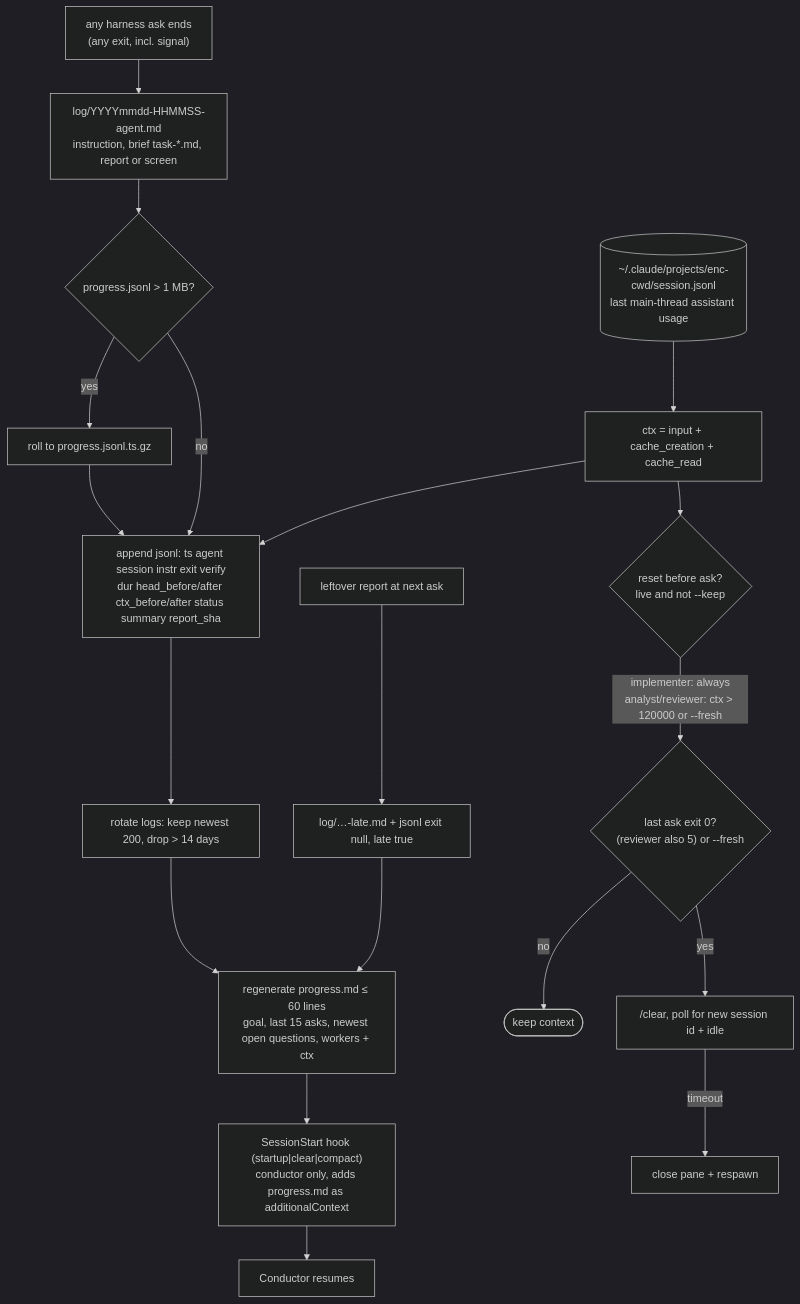
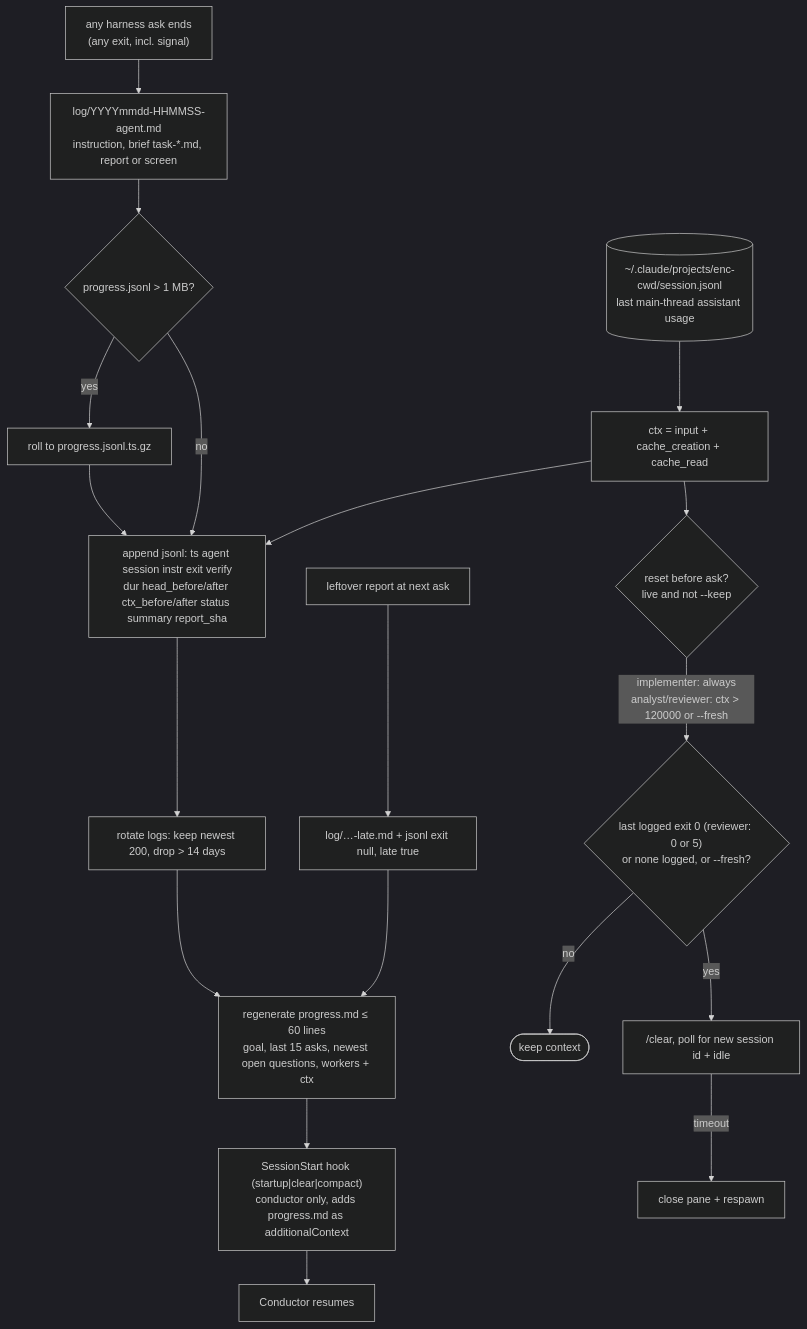
The diagram in docs/diagrams/06-progress-and-reset.mmd (geonhos/claude-code-setup), drawn with Mermaid (dark theme) before and after one commit. The commit also changed 10 other files, not shown here.

Commit message:
docs(diagrams): fix reset rule, hook location, glob rule and label overlaps

```diff
--- a/docs/diagrams/06-progress-and-reset.mmd
+++ b/docs/diagrams/06-progress-and-reset.mmd
@@ -1,17 +1,17 @@
 flowchart TD
   ASK["any harness ask ends<br/>(any exit, incl. signal)"] --> LOGF["log/YYYYmmdd-HHMMSS-agent.md<br/>instruction, brief task-*.md, report or screen"]
   LOGF --> ROT1{"progress.jsonl &gt; 1 MB?"}
   ROT1 -- yes --> GZ["roll to progress.jsonl.ts.gz"] --> JL
   ROT1 -- no --> JL["append jsonl: ts agent session instr exit verify<br/>dur head_before/after ctx_before/after status summary report_sha"]
   JL --> ROT2["rotate logs: keep newest 200, drop &gt; 14 days"]
   ROT2 --> MD["regenerate progress.md ≤ 60 lines<br/>goal, last 15 asks, newest open questions, workers + ctx"]
   LATE["leftover report at next ask"] --> LA["log/…-late.md + jsonl exit null, late true"] --> MD
   MD --> RES["SessionStart hook (startup|clear|compact)<br/>conductor only, adds progress.md as additionalContext"]
   RES --> COND["Conductor resumes"]
   TX[("~/.claude/projects/enc-cwd/session.jsonl<br/>last main-thread assistant usage")] --> CTX["ctx = input + cache_creation + cache_read"]
   CTX --> JL
   CTX --> RS{"reset before ask?<br/>live and not --keep"}
-  RS -- "implementer: always<br/>analyst/reviewer: ctx &gt; 120000 or --fresh" --> LE{"last ask exit 0?<br/>(reviewer also 5) or --fresh"}
+  RS -- "implementer: always<br/>analyst/reviewer: ctx &gt; 120000 or --fresh" --> LE{"last logged exit 0 (reviewer: 0 or 5)<br/>or none logged, or --fresh?"}
   LE -- no --> KEEP(["keep context"])
   LE -- yes --> CLR["/clear, poll for new session id + idle"]
   CLR -- timeout --> RSP["close pane + respawn"]
```
